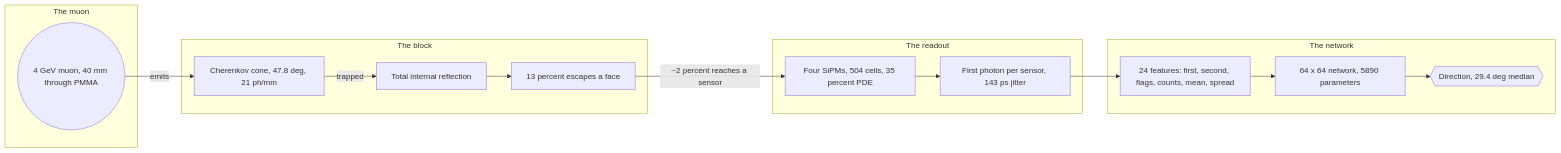
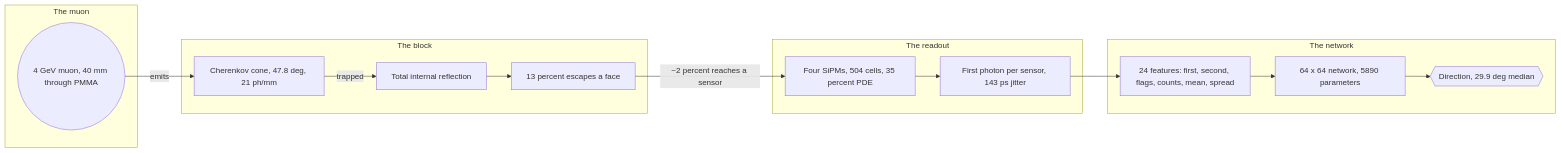
One commit to oskuhansson/CanLab changed the diagram in docs/muon/overview.md. Above: the diagram before and after it, drawn with Mermaid. The commit also changed other lines of this file and 11 other files, not shown here.

````diff
--- a/docs/muon/overview.md
+++ b/docs/muon/overview.md
@@ -33,28 +33,28 @@
 ```mermaid
 flowchart LR
     subgraph G_MUON["The muon"]
         MUON(("4 GeV muon, 40 mm through PMMA"))
     end
     subgraph G_LIGHT["The block"]
         CONE["Cherenkov cone, 47.8 deg, 21 ph/mm"]
         TIR["Total internal reflection"]
         FACE["13 percent escapes a face"]
     end
     subgraph G_SENSOR["The readout"]
         SIPM["Four SiPMs, 504 cells, 35 percent PDE"]
         TDC["First photon per sensor, 143 ps jitter"]
     end
     subgraph G_NET["The network"]
         FEAT["24 features: first, second, flags, counts, mean, spread"]
         MLP["64 x 64 network, 5890 parameters"]
-        DIR{{"Direction, 29.4 deg median"}}
+        DIR{{"Direction, 29.9 deg median"}}
     end
     MUON -->|"emits"| CONE
     CONE -->|"trapped"| TIR
     TIR --> FACE
     FACE -->|"~2 percent reaches a sensor"| SIPM
     SIPM --> TDC
     TDC --> FEAT
     FEAT --> MLP
     MLP --> DIR
 ```
````
